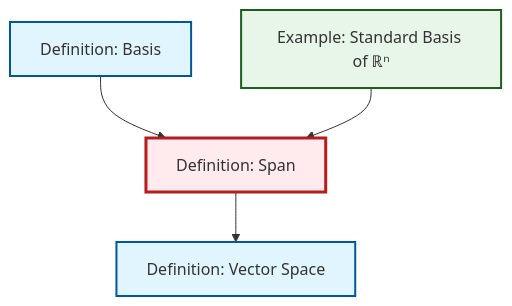
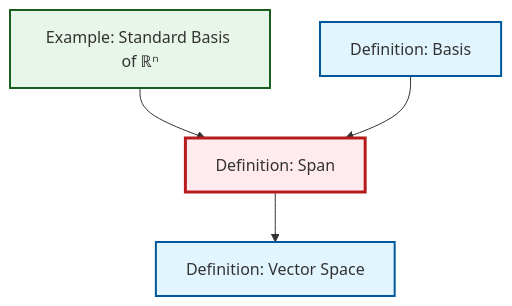
One commit to RK0429/ModernMath changed the diagram in content/en/algebra/def-span.qmd. Above: the diagram before and after it, drawn with Mermaid. The commit also changed other lines of this file and 597 other files, not shown here.

````diff
--- a/content/en/algebra/def-span.qmd
+++ b/content/en/algebra/def-span.qmd
@@ -47,20 +47,20 @@
 ```{mermaid}
 %%| fig-cap: "Local dependency graph"
 graph TD
     classDef definition fill:#e1f5fe,stroke:#01579b,stroke-width:2px
     classDef theorem fill:#f3e5f5,stroke:#4a148c,stroke-width:2px
     classDef axiom fill:#fff3e0,stroke:#e65100,stroke-width:2px
     classDef example fill:#e8f5e9,stroke:#1b5e20,stroke-width:2px
     classDef current fill:#ffebee,stroke:#b71c1c,stroke-width:3px
-    def-vector-space["Definition: Vector Space"]:::definition
-    def-span["Definition: Span"]:::definition
     ex-standard-basis-rn["Example: Standard Basis of ℝⁿ"]:::example
     def-basis["Definition: Basis"]:::definition
+    def-span["Definition: Span"]:::definition
+    def-vector-space["Definition: Vector Space"]:::definition
+    ex-standard-basis-rn --> def-span
+    def-basis --> def-span
     def-span --> def-vector-space
-    def-basis --> def-span
-    ex-standard-basis-rn --> def-span
     class def-span current
-    click def-vector-space "def-vector-space.html" "Go to Vector Space definition"
     click ex-standard-basis-rn "ex-standard-basis-rn.html" "Go to Standard Basis of ℝⁿ example"
     click def-basis "def-basis.html" "Go to Basis definition"
+    click def-vector-space "def-vector-space.html" "Go to Vector Space definition"
 ```
````
